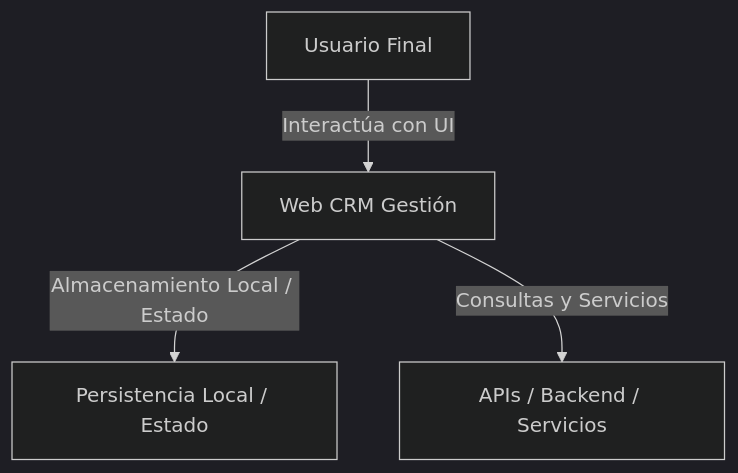
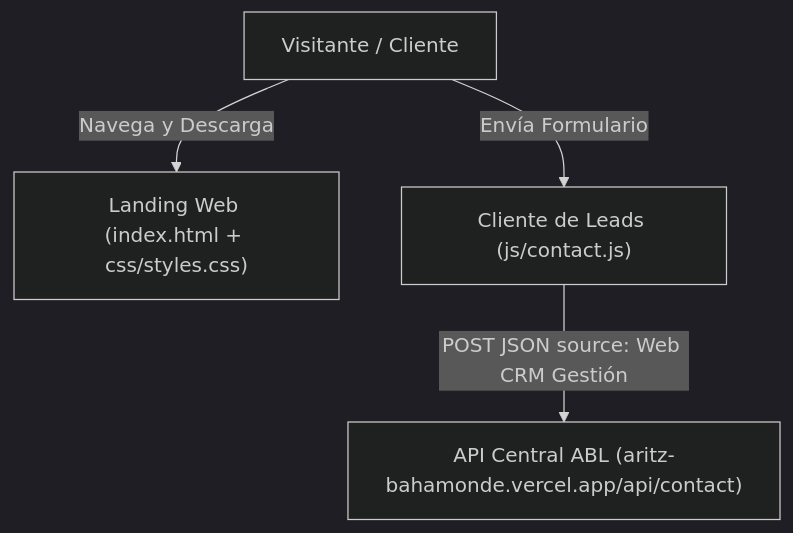
The diagram in docs/01_arquitectura/01_02_arquitectura_del_sistema_y_diagrama_c4.md (McFully/crm-gesti-n-landing), drawn with Mermaid (dark theme) before and after one commit. The commit also changed other lines of this file and 49 other files, not shown here.

````diff
--- a/docs/01_arquitectura/01_02_arquitectura_del_sistema_y_diagrama_c4.md
+++ b/docs/01_arquitectura/01_02_arquitectura_del_sistema_y_diagrama_c4.md
@@ -6,6 +6,6 @@
 ```mermaid
 graph TD
-    User["Usuario Final"] -->|Interactúa con UI| App["Web CRM Gestión"]
-    App -->|Almacenamiento Local / Estado| Storage["Persistencia Local / Estado"]
-    App -->|Consultas y Servicios| Backend["APIs / Backend / Servicios"]
+    User["Visitante / Cliente"] -->|Navega y Descarga| Landing["Landing Web (index.html + css/styles.css)"]
+    User -->|Envía Formulario| ContactJS["Cliente de Leads (js/contact.js)"]
+    ContactJS -->|POST JSON source: Web CRM Gestión| CentralAPI["API Central ABL (aritz-bahamonde.vercel.app/api/contact)"]
 ```
````
